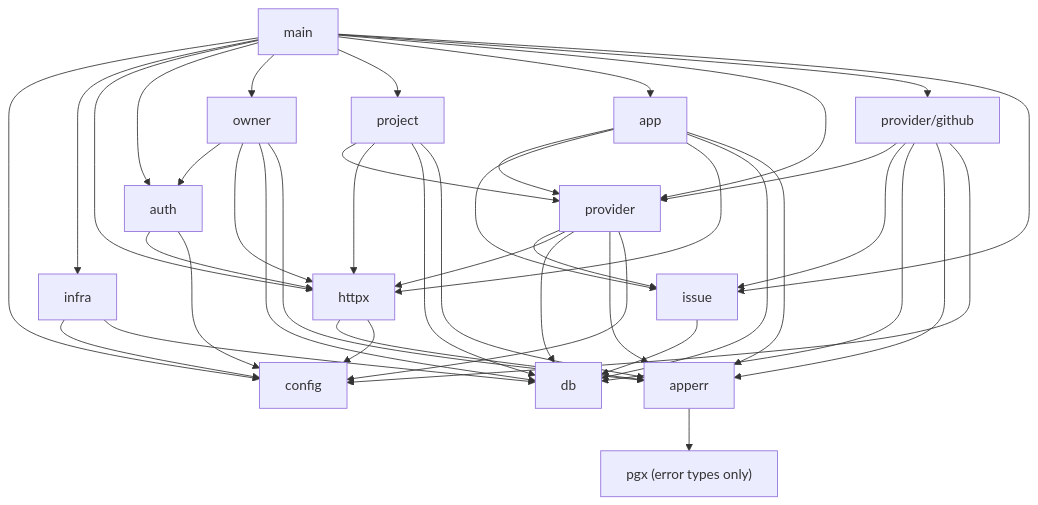
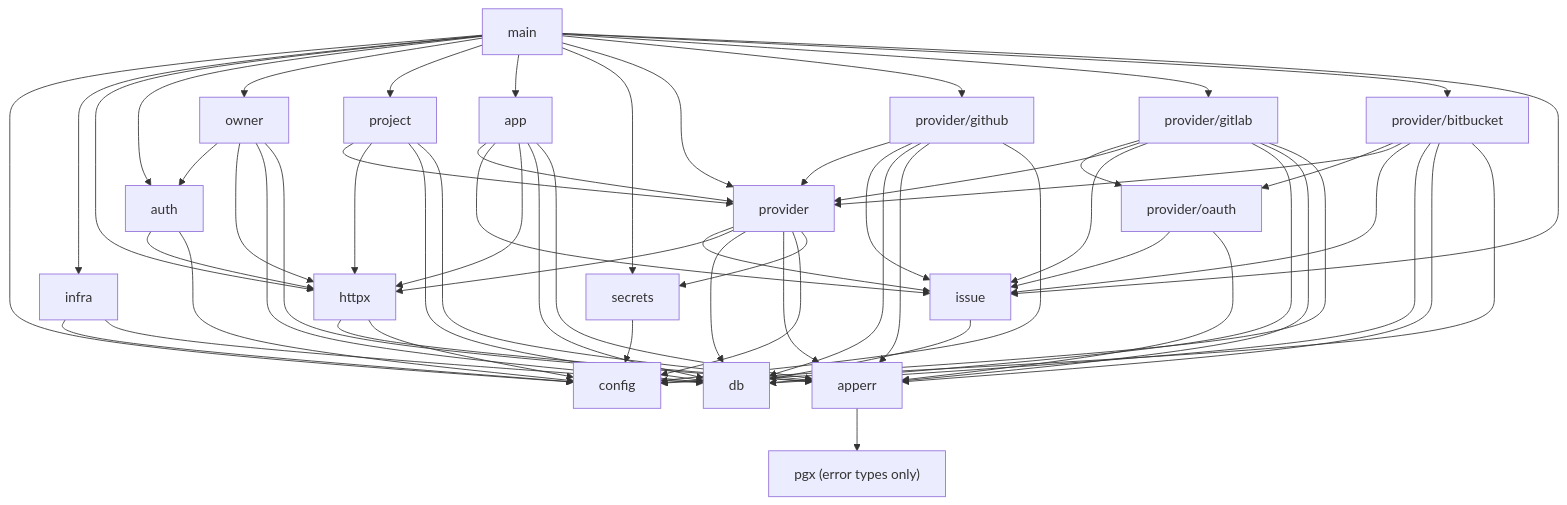
Before and after one commit to MicroClub-USTHB/m-Seismo: the second of 3 diagrams in backend/docs/architecture.md, drawn with Mermaid. The commit also changed other lines of this file and 14 other files, not shown here.

````diff
--- a/backend/docs/architecture.md
+++ b/backend/docs/architecture.md
@@ -142,15 +153,19 @@
 ```mermaid
 flowchart TD
-    main --> config & infra & httpx & auth & owner & project & app & provider & github["provider/github"] & issue
+    main --> config & infra & httpx & auth & owner & project & app & secrets & provider & github["provider/github"] & gitlab["provider/gitlab"] & bitbucket["provider/bitbucket"] & issue
 
     owner --> auth & httpx & db & apperr
     project --> provider & httpx & db & apperr
     app --> provider & issue & httpx & db & apperr
     provider --> issue & httpx & db & apperr & config
     github --> provider & issue & db & apperr & config
+    gitlab & bitbucket --> oauth["provider/oauth"] & provider & issue & db & apperr & config
+    oauth --> issue & apperr
+    provider --> secrets
+    secrets --> config
     issue --> db
     auth --> httpx & config
     httpx --> apperr & config
     infra --> config & db
     apperr --> pgx["pgx (error types only)"]
 ```
````
